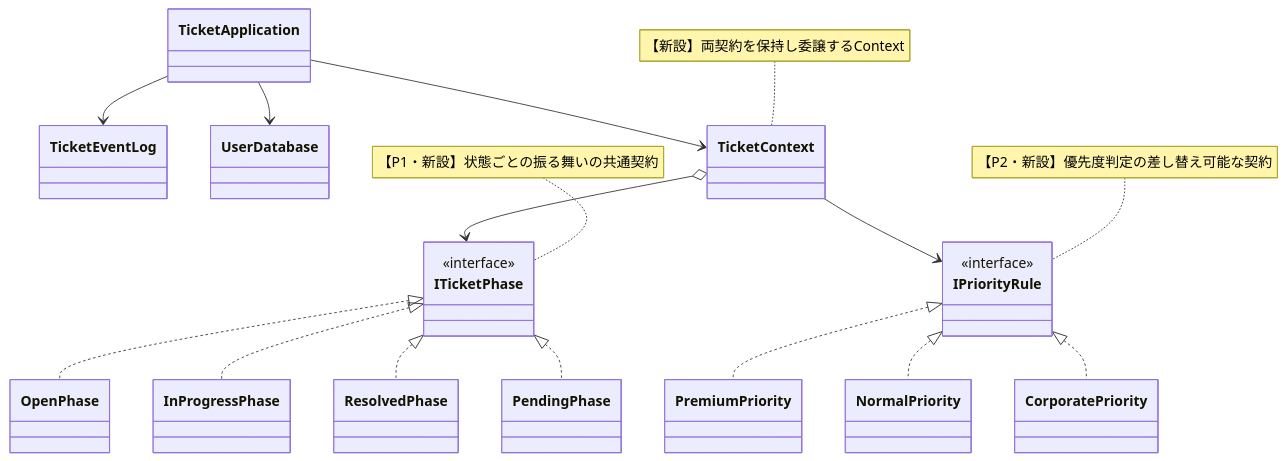
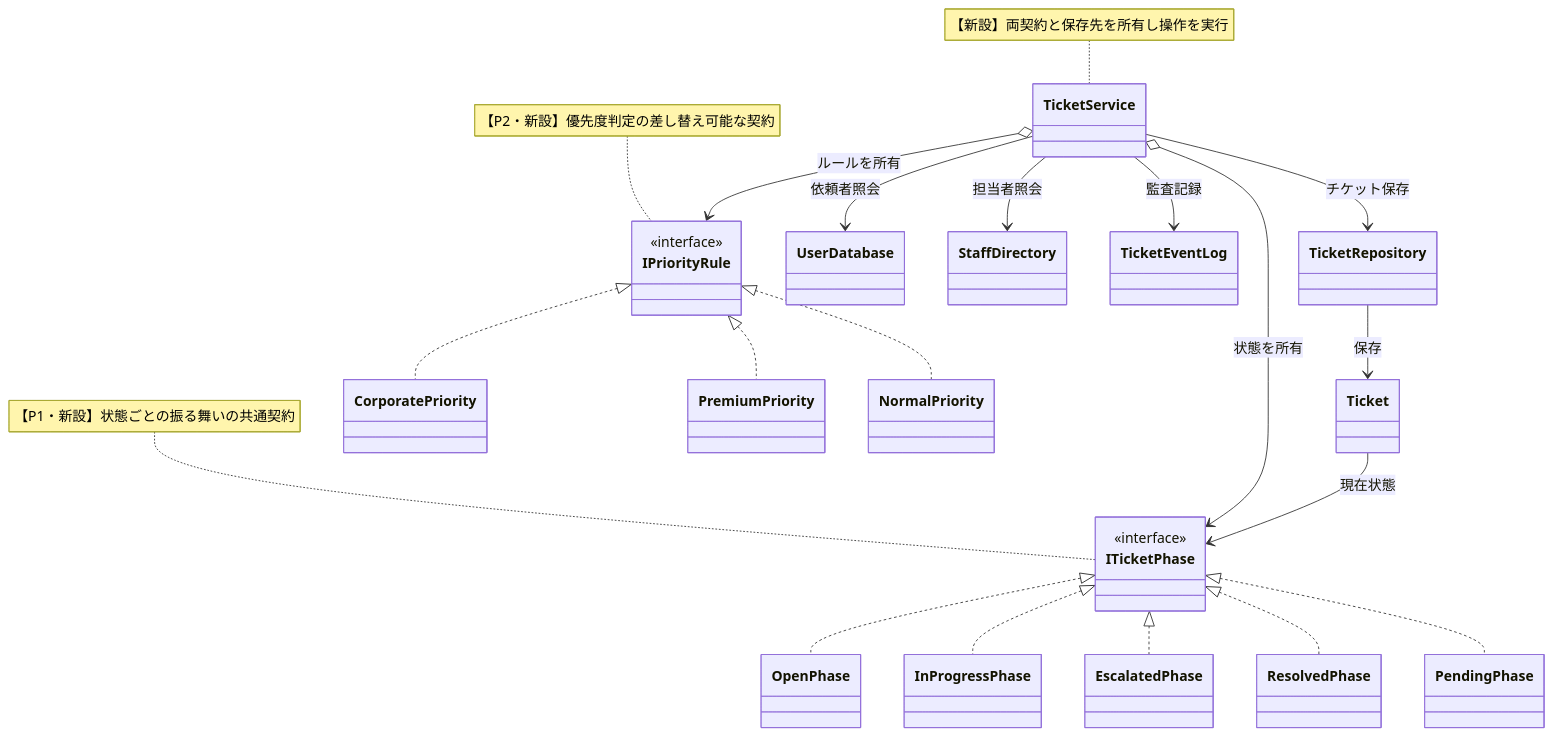
One commit to kumachan1101-pixel/DesignPattern changed the eighth of 15 diagrams in kindle/design-patterns/output/chapter09_2.md. Above: the diagram before and after it, drawn with Mermaid. The commit also changed other lines of this file and 2 other files, not shown here.

First line of the commit message:
第9章: チケット実体化＋Escalated状態新設＋TicketService設計へ整合

````diff
--- a/kindle/design-patterns/output/chapter09_2.md
+++ b/kindle/design-patterns/output/chapter09_2.md
@@ -781,35 +780,42 @@
 ```mermaid
 classDiagram
-    class TicketApplication
+    class TicketService
+    class TicketRepository
+    class UserDatabase
+    class StaffDirectory
     class TicketEventLog
-    class UserDatabase
-    class TicketContext
+    class Ticket
     class ITicketPhase { <<interface>> }
     class OpenPhase
     class InProgressPhase
+    class EscalatedPhase
     class ResolvedPhase
     class PendingPhase
     class IPriorityRule { <<interface>> }
+    class CorporatePriority
     class PremiumPriority
     class NormalPriority
-    class CorporatePriority
-    TicketContext o--> ITicketPhase
+    TicketService --> TicketRepository : チケット保存
+    TicketService --> UserDatabase : 依頼者照会
+    TicketService --> StaffDirectory : 担当者照会
+    TicketService --> TicketEventLog : 監査記録
+    TicketService o--> ITicketPhase : 状態を所有
+    TicketService o--> IPriorityRule : ルールを所有
+    TicketRepository --> Ticket : 保存
+    Ticket --> ITicketPhase : 現在状態
     ITicketPhase <|.. OpenPhase
     ITicketPhase <|.. InProgressPhase
+    ITicketPhase <|.. EscalatedPhase
     ITicketPhase <|.. ResolvedPhase
     ITicketPhase <|.. PendingPhase
-    TicketContext --> IPriorityRule
+    IPriorityRule <|.. CorporatePriority
     IPriorityRule <|.. PremiumPriority
     IPriorityRule <|.. NormalPriority
-    IPriorityRule <|.. CorporatePriority
-    TicketApplication --> TicketContext
-    TicketApplication --> TicketEventLog
-    TicketApplication --> UserDatabase
 
     note for ITicketPhase "【P1・新設】状態ごとの振る舞いの共通契約"
     note for IPriorityRule "【P2・新設】優先度判定の差し替え可能な契約"
-    note for TicketContext "【新設】両契約を保持し委譲するContext"
+    note for TicketService "【新設】両契約と保存先を所有し操作を実行"
 
     classDef focus fill:#FFF2CC,stroke:#D6B656,stroke-width:2px,color:#222222
-    cssClass "ITicketPhase,OpenPhase,InProgressPhase,ResolvedPhase,PendingPhase,IPriorityRule,PremiumPriority,NormalPriority,CorporatePriority" focus
+    cssClass "ITicketPhase,OpenPhase,InProgressPhase,EscalatedPhase,ResolvedPhase,PendingPhase,IPriorityRule,CorporatePriority,PremiumPriority,NormalPriority" focus
 ```
````
